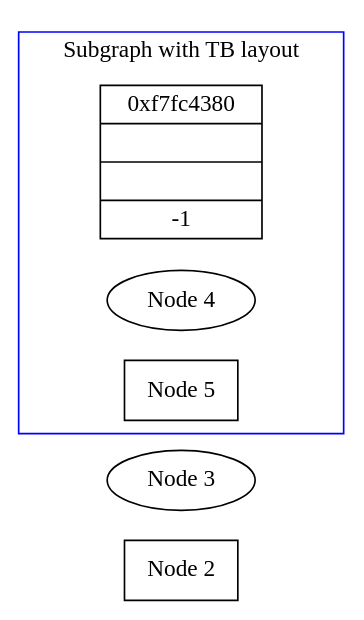
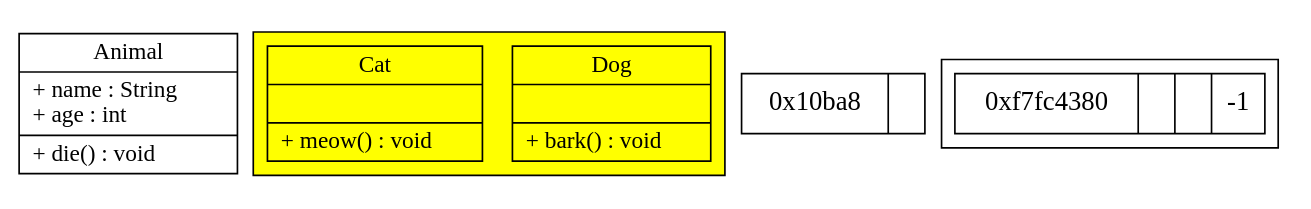
One commit to sisyphus1212/note changed the diagram in dpdk/内存管理.md. Above: the diagram before and after it, drawn with Graphviz.

Commit message:
auto_update

````diff
--- a/dpdk/内存管理.md
+++ b/dpdk/内存管理.md
@@ -79,25 +79,26 @@
 ```graphviz
-digraph G {
-    // Default rank direction affects all nodes globally unless overridden
-    rankdir=LR;
-
-    // Define other nodes here, which will follow the global LR layout
-    node2 [label="Node 2" shape="box"];
-    node3 [label="Node 3" shape="ellipse"];
-
-    // Subgraph with specific layout direction
-    subgraph cluster_0 {
-        rankdir=TB;  // This only affects nodes within the subgraph
-
-        node1 [label="<f0> 0xf7fc4380| <f1> | <f2> |-1" shape="record"];
-
-        // Additional nodes in the subgraph could be defined here
-        node4 [label="Node 4" shape="ellipse"];
-        node5 [label="Node 5" shape="box"];
-
-        label = "Subgraph with TB layout"; // Optional label for the subgraph
-        color = "blue"; // Optional color to distinguish the subgraph
-    }
+digraph g {
+	rankdir=TB;
+	Animal[label = "{Animal | + name : String\l+ age : int\l |+ die() : void\l}", shape = "record" ];
+	subgraph clusterAnimalImpl{
+		bgcolor = "yellow";
+		Dog[label = "{Dog| |+ bark() : void\l}" , shape = "record"];
+		Cat[label = "{Cat| |+ meow() : void\l}" , shape = "record"];
+	};
+	node [
+	fontsize = "16"
+	shape = "ellipse"
+	];
+	"node0" [
+		label = "<f0> 0x10ba8| <f1>"
+		shape = "record"
+	];
+	subgraph cluster_0 {
+		rankdir=LR;
+		"node1" [
+		label = "<f0> 0xf7fc4380| <f1> | <f2> |-1"
+		shape = "record"
+		];
+	}
 }
-
 ```
````
